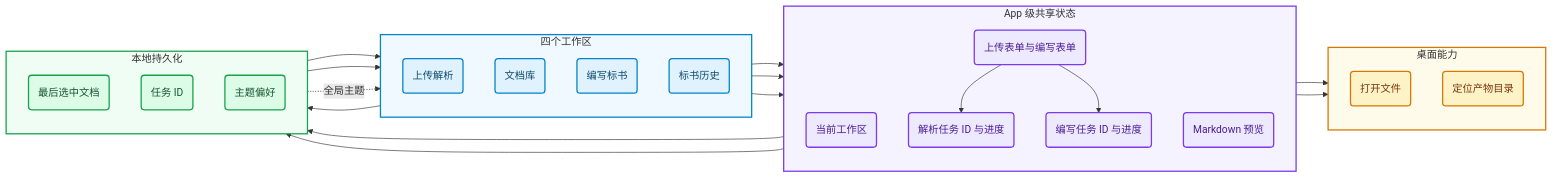
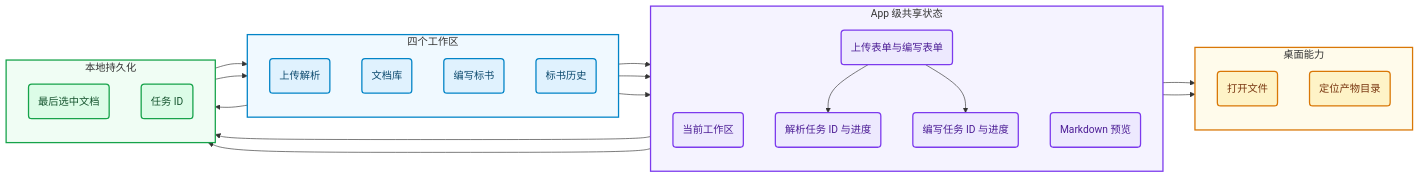
Before and after one commit to chenjson59-jpg/bid-writing-multi-agent: the second of 22 diagrams in docs/architecture.md, drawn with Mermaid. The commit also changed other lines of this file and 5 other files, not shown here.

````diff
--- a/docs/architecture.md
+++ b/docs/architecture.md
@@ -736,60 +736,58 @@
 ```mermaid
 flowchart LR
   subgraph sgViews["四个工作区"]
     direction TB
     Upload("上传解析")
     Library("文档库")
     Bid("编写标书")
     History("标书历史")
   end
 
   subgraph sgState["App 级共享状态"]
     direction TB
     Tab("当前工作区")
     ParseJob("解析任务 ID 与进度")
     BidJob("编写任务 ID 与进度")
     Form("上传表单与编写表单")
     Preview("Markdown 预览")
   end
 
   subgraph sgPersist["本地持久化"]
     direction TB
     LastDoc("最后选中文档")
     JobIds("任务 ID")
-    Theme("主题偏好")
   end
 
   subgraph sgDesktop["桌面能力"]
     direction TB
     Open("打开文件")
     Reveal("定位产物目录")
   end
 
   Upload --> Form
   Library --> LastDoc
   Bid --> Form
   History --> Preview
   Form --> ParseJob
   Form --> BidJob
   ParseJob --> JobIds
   BidJob --> JobIds
   LastDoc --> Library
   LastDoc --> Bid
-  Theme -.->|"全局主题"| Upload
   Preview --> Open
   Preview --> Reveal
 
   classDef view fill:#e0f2fe,stroke:#0284c7,stroke-width:2px,color:#0c4a6e
   classDef state fill:#ede9fe,stroke:#7c3aed,stroke-width:2px,color:#4c1d95
   classDef persist fill:#dcfce7,stroke:#16a34a,stroke-width:2px,color:#14532d
   classDef desktop fill:#fef3c7,stroke:#d97706,stroke-width:2px,color:#78350f
   class Upload,Library,Bid,History view
   class Tab,ParseJob,BidJob,Form,Preview state
-  class LastDoc,JobIds,Theme persist
+  class LastDoc,JobIds persist
   class Open,Reveal desktop
 
   style sgViews fill:#f0f9ff,stroke:#0284c7,stroke-width:2px
   style sgState fill:#f5f3ff,stroke:#7c3aed,stroke-width:2px
   style sgPersist fill:#f0fdf4,stroke:#16a34a,stroke-width:2px
   style sgDesktop fill:#fffbeb,stroke:#d97706,stroke-width:2px
 ```
````
